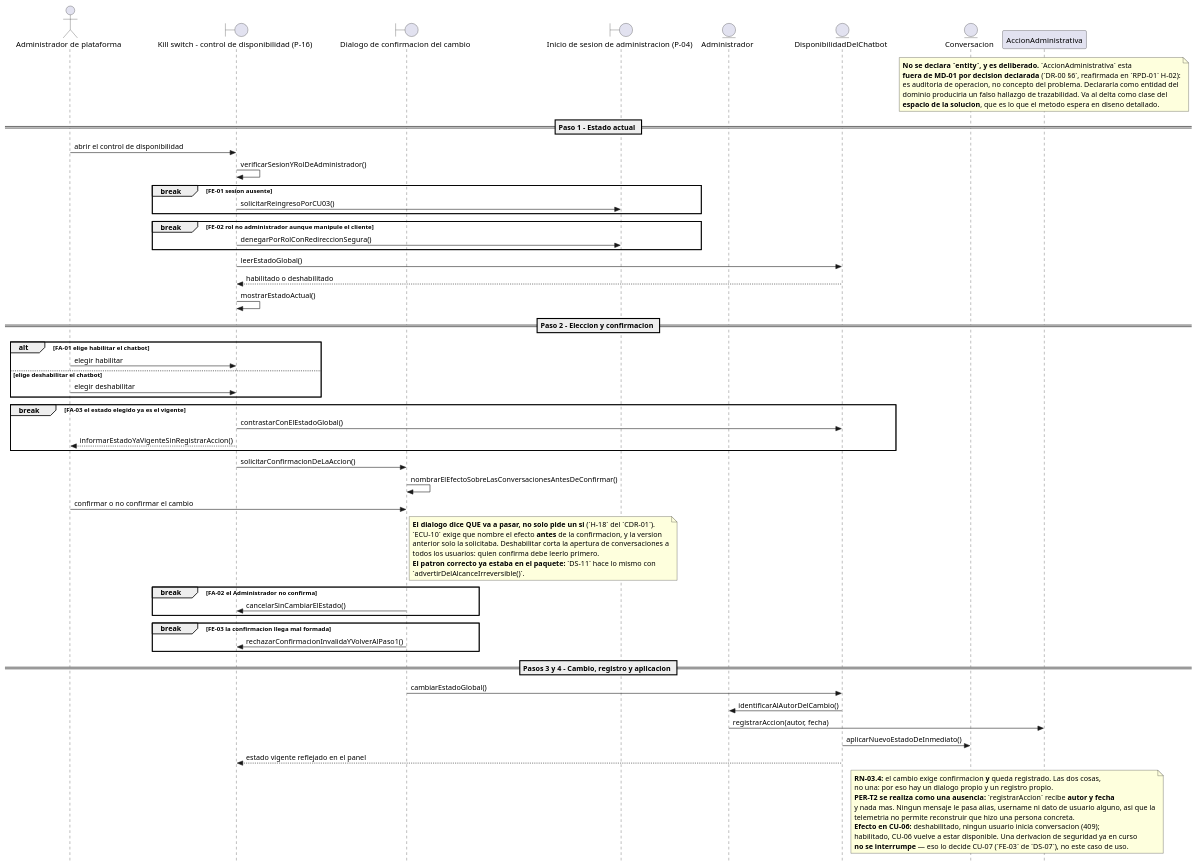
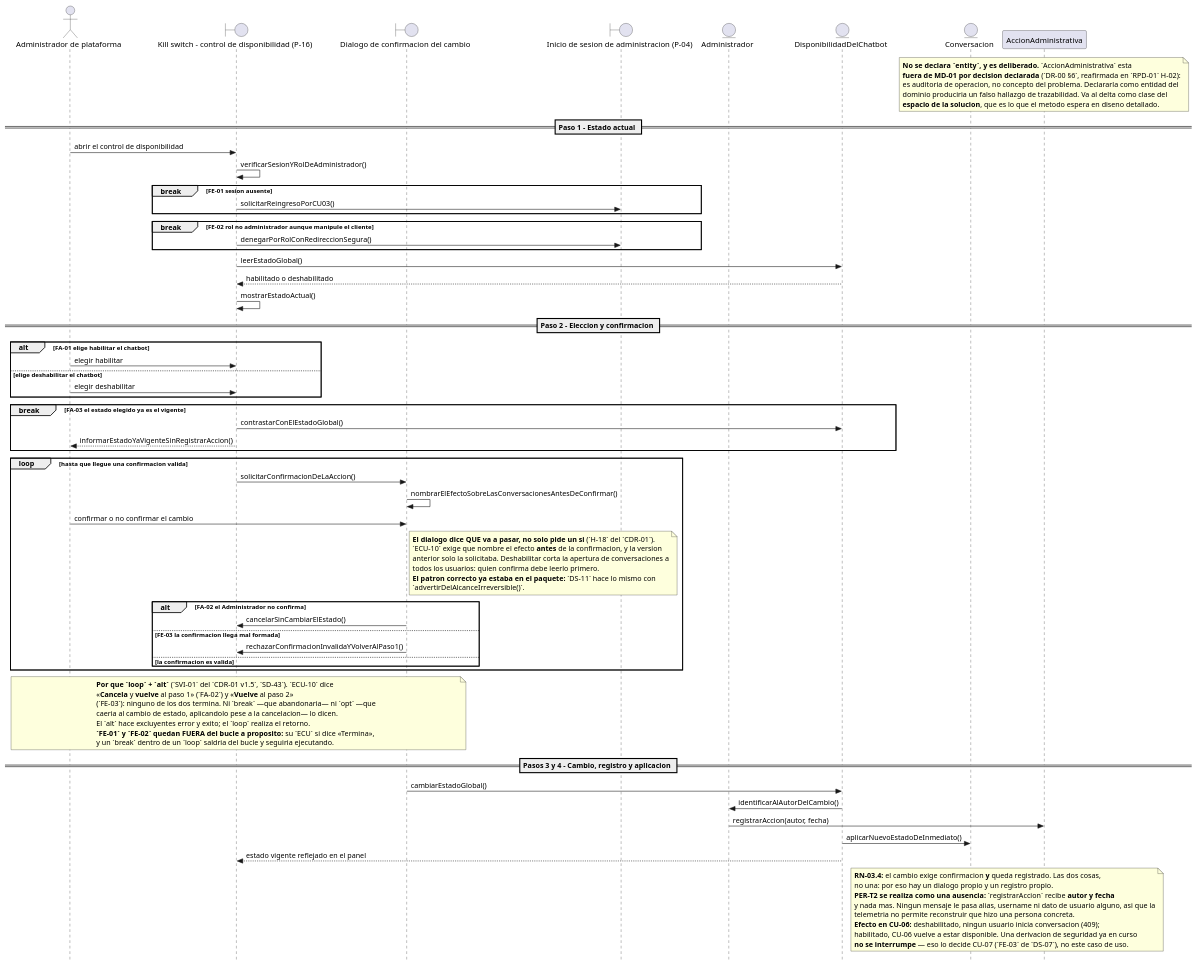
Before and after one commit to jonatan8254/alan-aura-academico: the diagram in docs/07_casos_uso/secuencia/puml/DS-10_secuencia_habilitar_deshabilitar_chatbot.puml, drawn with PlantUML. The commit also changed 17 other files, not shown here.

```diff
--- a/docs/07_casos_uso/secuencia/puml/DS-10_secuencia_habilitar_deshabilitar_chatbot.puml
+++ b/docs/07_casos_uso/secuencia/puml/DS-10_secuencia_habilitar_deshabilitar_chatbot.puml
@@ -1,109 +1,127 @@
 @startuml
 ' DS-10 - Secuencia de CU-10 «Habilitar o deshabilitar el chatbot»
+' v1.3 (SVI-01 del CDR-01 v1.5, SD-43): FA-02 y FE-03 a `alt` dentro de un `loop` (ECU-10: «Cancela y vuelve» y «Vuelve al paso 2»).
+'       Tercer intento sobre la misma rama, y el primero que lee el DESENLACE de la
+'       ECU en vez de la categoria del flujo. `break` abandonaba; `opt` caia al exito;
+'       `break` otra vez (SD-41) se restauro alegando que la ECU decia «Termina», lo
+'       cual es FALSO. Ahora `loop` + `alt`: el alt excluye, el loop realiza el retorno.
+'       Los break legitimos quedan FUERA del loop a proposito: dentro saldrian del
+'       bucle y seguirian ejecutando, en vez de terminar.
 ' v1.2 (VI-01 del CDR-01 v1.4, SD-41): FA-02 y FE-03 vuelven de opt a BREAK.
 '       Criterio: estan a profundidad 0 —el fragmento envolvente es la interaccion
 '       entera— y su fila de ECU declara que el remanente NO se ejecuta. En UML 2.5
 '       `break` ejecuta su operando EN LUGAR DEL RESTO: es esa semantica exacta.
 '       `opt` solo saltaba su cuerpo y el flujo caia al exito.
 '       Consecuencia declarada: para estos casos el `break` ORIGINAL era correcto y
 '       esa parte de H-01 fue un falso positivo. Ver DS-00 §12.
 ' v1.1 (CDR-01): H-01 — FA-02 y FE-03 pasan de break a opt.
 '       H-18 — el dialogo NOMBRA EL EFECTO antes de confirmar, no solo pide confirmacion.
 '       H-20 — alias B_LoginAdmin unificado a B_PaginaInicioSesionAdmin (era divergente con DS-03).
 ' v1.0 (fase de diseno detallado, ICONIX paso 6)
 ' Insumos: DR-10 v2.0 (11 controladores), ECU-10 v2.0, MD-01 v1.4, DCU-01 v2.1,
 '          DIS-00 (P-16; destino P-04), MV-01 RN-03.4/RN-03.7, PER-01 v1.2.
 ' Capa de infraestructura: NO EJECUTADA por decision declarada (E-1 de DS-00).
 
 skinparam style strictuml
 skinparam shadowing false
 skinparam responseMessageBelowArrow true
 
 actor "Administrador de plataforma" as ACT_Administrador
 boundary "Kill switch - control de disponibilidad (P-16)" as B_ControlDisponibilidad
 boundary "Dialogo de confirmacion del cambio" as B_DialogoConfirmacion
 boundary "Inicio de sesion de administracion (P-04)" as B_PaginaInicioSesionAdmin
 entity "Administrador" as E_Administrador
 entity "DisponibilidadDelChatbot" as E_DisponibilidadDelChatbot
 entity "Conversacion" as E_Conversacion
 participant "AccionAdministrativa" as INF_AccionAdministrativa
 
 note over INF_AccionAdministrativa
   <b>No se declara `entity`, y es deliberado.</b> `AccionAdministrativa` esta
   <b>fuera de MD-01 por decision declarada</b> (`DR-00 §6`, reafirmada en `RPD-01` H-02):
   es auditoria de operacion, no concepto del problema. Declararla como entidad del
   dominio produciria un falso hallazgo de trazabilidad. Va al delta como clase del
   <b>espacio de la solucion</b>, que es lo que el metodo espera en diseno detallado.
 end note
 
 == Paso 1 - Estado actual ==
 
 ACT_Administrador -> B_ControlDisponibilidad : abrir el control de disponibilidad
 B_ControlDisponibilidad -> B_ControlDisponibilidad : verificarSesionYRolDeAdministrador()
 
 break FE-01 sesion ausente
   B_ControlDisponibilidad -> B_PaginaInicioSesionAdmin : solicitarReingresoPorCU03()
 end
 
 break FE-02 rol no administrador aunque manipule el cliente
   B_ControlDisponibilidad -> B_PaginaInicioSesionAdmin : denegarPorRolConRedireccionSegura()
 end
 
 B_ControlDisponibilidad -> E_DisponibilidadDelChatbot : leerEstadoGlobal()
 E_DisponibilidadDelChatbot --> B_ControlDisponibilidad : habilitado o deshabilitado
 B_ControlDisponibilidad -> B_ControlDisponibilidad : mostrarEstadoActual()
 
 == Paso 2 - Eleccion y confirmacion ==
 
 alt FA-01 elige habilitar el chatbot
   ACT_Administrador -> B_ControlDisponibilidad : elegir habilitar
 else elige deshabilitar el chatbot
   ACT_Administrador -> B_ControlDisponibilidad : elegir deshabilitar
 end
 
 break FA-03 el estado elegido ya es el vigente
   B_ControlDisponibilidad -> E_DisponibilidadDelChatbot : contrastarConElEstadoGlobal()
   B_ControlDisponibilidad --> ACT_Administrador : informarEstadoYaVigenteSinRegistrarAccion()
 end
 
-B_ControlDisponibilidad -> B_DialogoConfirmacion : solicitarConfirmacionDeLaAccion()
-B_DialogoConfirmacion -> B_DialogoConfirmacion : nombrarElEfectoSobreLasConversacionesAntesDeConfirmar()
-ACT_Administrador -> B_DialogoConfirmacion : confirmar o no confirmar el cambio
+loop hasta que llegue una confirmacion valida
+  B_ControlDisponibilidad -> B_DialogoConfirmacion : solicitarConfirmacionDeLaAccion()
+  B_DialogoConfirmacion -> B_DialogoConfirmacion : nombrarElEfectoSobreLasConversacionesAntesDeConfirmar()
+  ACT_Administrador -> B_DialogoConfirmacion : confirmar o no confirmar el cambio
 
 note right of B_DialogoConfirmacion
   <b>El dialogo dice QUE va a pasar, no solo pide un si</b> (`H-18` del `CDR-01`).
   `ECU-10` exige que nombre el efecto <b>antes</b> de la confirmacion, y la version
   anterior solo la solicitaba. Deshabilitar corta la apertura de conversaciones a
   todos los usuarios: quien confirma debe leerlo primero.
   <b>El patron correcto ya estaba en el paquete:</b> `DS-11` hace lo mismo con
   `advertirDelAlcanceIrreversible()`.
 end note
 
-break FA-02 el Administrador no confirma
-  B_DialogoConfirmacion -> B_ControlDisponibilidad : cancelarSinCambiarElEstado()
+  alt FA-02 el Administrador no confirma
+    B_DialogoConfirmacion -> B_ControlDisponibilidad : cancelarSinCambiarElEstado()
+  else FE-03 la confirmacion llega mal formada
+    B_DialogoConfirmacion -> B_ControlDisponibilidad : rechazarConfirmacionInvalidaYVolverAlPaso1()
+  else la confirmacion es valida
+  end
 end
 
-break FE-03 la confirmacion llega mal formada
-  B_DialogoConfirmacion -> B_ControlDisponibilidad : rechazarConfirmacionInvalidaYVolverAlPaso1()
-end
+note over ACT_Administrador, B_DialogoConfirmacion
+  <b>Por que `loop` + `alt`</b> (`SVI-01` del `CDR-01 v1.5`, `SD-43`). `ECU-10` dice
+  «<b>Cancela</b> y <b>vuelve</b> al paso 1» (`FA-02`) y «<b>Vuelve</b> al paso 2»
+  (`FE-03`): ninguno de los dos termina. Ni `break` —que abandonaria— ni `opt` —que
+  caeria al cambio de estado, aplicandolo pese a la cancelacion— lo dicen.
+  El `alt` hace excluyentes error y exito; el `loop` realiza el retorno.
+  <b>`FE-01` y `FE-02` quedan FUERA del bucle a proposito:</b> su `ECU` si dice «Termina»,
+  y un `break` dentro de un `loop` saldria del bucle y seguiria ejecutando.
+end note
 
 == Pasos 3 y 4 - Cambio, registro y aplicacion ==
 
 B_DialogoConfirmacion -> E_DisponibilidadDelChatbot : cambiarEstadoGlobal()
 E_DisponibilidadDelChatbot -> E_Administrador : identificarAlAutorDelCambio()
 E_Administrador -> INF_AccionAdministrativa : registrarAccion(autor, fecha)
 E_DisponibilidadDelChatbot -> E_Conversacion : aplicarNuevoEstadoDeInmediato()
 E_DisponibilidadDelChatbot --> B_ControlDisponibilidad : estado vigente reflejado en el panel
 
 note over INF_AccionAdministrativa, E_Conversacion
   <b>RN-03.4:</b> el cambio exige confirmacion <b>y</b> queda registrado. Las dos cosas,
   no una: por eso hay un dialogo propio y un registro propio.
   <b>PER-T2 se realiza como una ausencia:</b> `registrarAccion` recibe <b>autor y fecha</b>
   y nada mas. Ningun mensaje le pasa alias, username ni dato de usuario alguno, asi que la
   telemetria no permite reconstruir que hizo una persona concreta.
   <b>Efecto en CU-06:</b> deshabilitado, ningun usuario inicia conversacion (409);
   habilitado, CU-06 vuelve a estar disponible. Una derivacion de seguridad ya en curso
   <b>no se interrumpe</b> — eso lo decide CU-07 (`FE-03` de `DS-07`), no este caso de uso.
 end note
 
 @enduml
```
